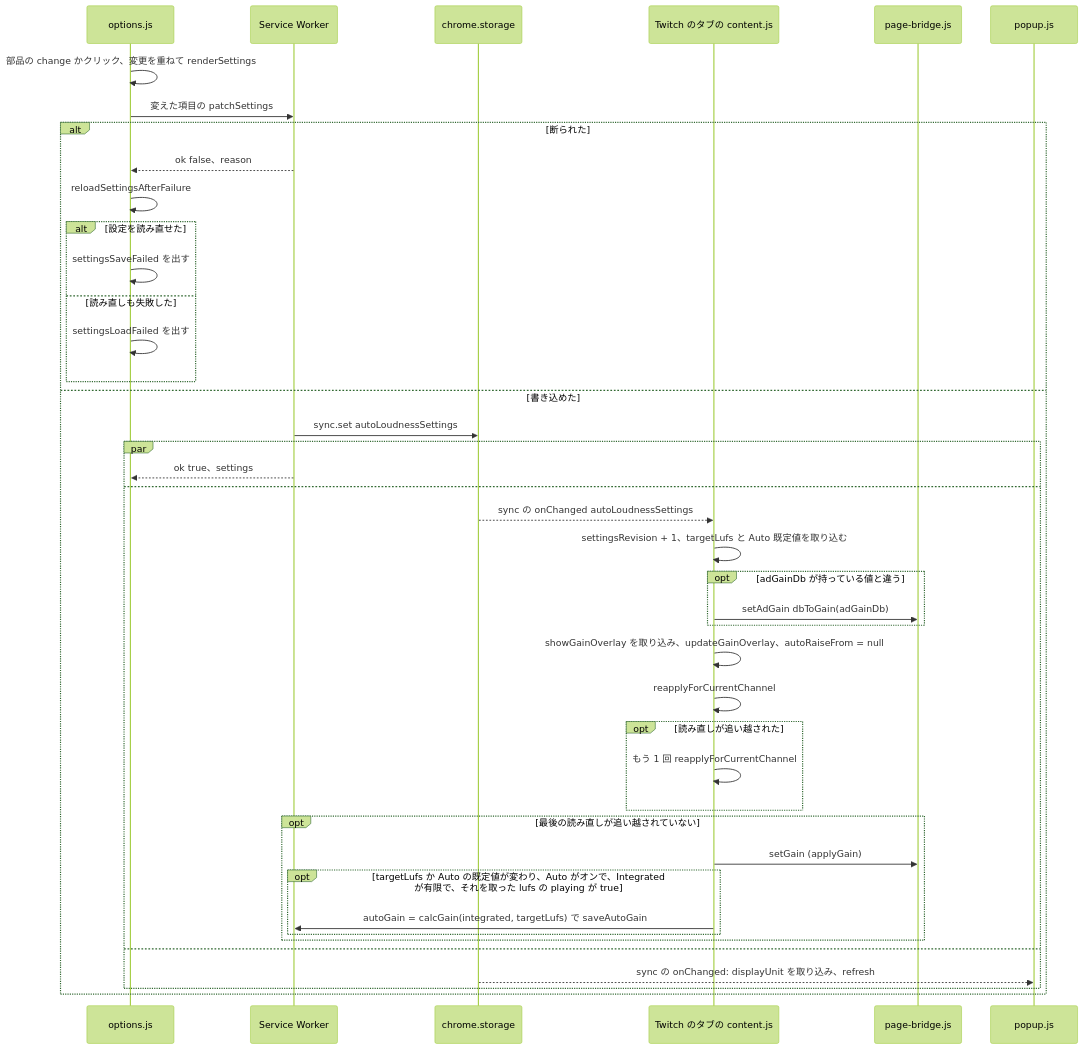
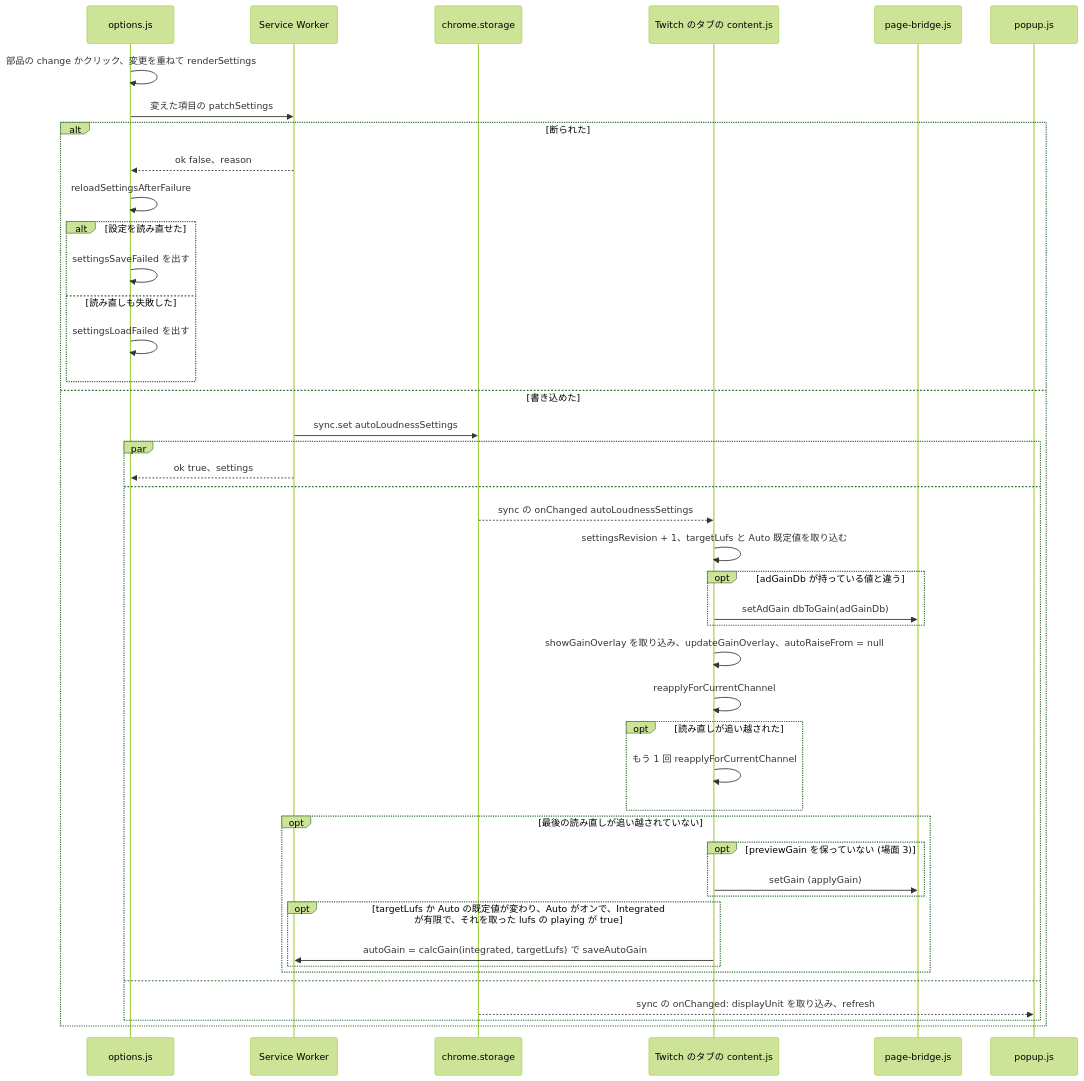
One commit to semnil/twitch-channel-volume changed diagram 13 of 17 in docs/gain-change-and-save.ja.md. Above: the diagram before and after it, drawn with Mermaid (forest theme). The commit also changed other lines of this file and 6 other files, not shown here.

````diff
--- a/docs/gain-change-and-save.ja.md
+++ b/docs/gain-change-and-save.ja.md
@@ -565,44 +582,46 @@
 ```mermaid
 sequenceDiagram
   participant options as options.js
   participant sw as Service Worker
   participant storage as chrome.storage
   participant content as Twitch のタブの content.js
   participant bridge as page-bridge.js
   participant popup as popup.js
   options->>options: 部品の change かクリック、変更を重ねて renderSettings
   options->>sw: 変えた項目の patchSettings
   alt 断られた
     sw-->>options: ok false、reason
     options->>options: reloadSettingsAfterFailure
     alt 設定を読み直せた
       options->>options: settingsSaveFailed を出す
     else 読み直しも失敗した
       options->>options: settingsLoadFailed を出す
     end
   else 書き込めた
     sw->>storage: sync.set autoLoudnessSettings
     par
       sw-->>options: ok true、settings
     and
       storage-->>content: sync の onChanged autoLoudnessSettings
       content->>content: settingsRevision + 1、targetLufs と Auto 既定値を取り込む
       opt adGainDb が持っている値と違う
         content->>bridge: setAdGain dbToGain(adGainDb)
       end
       content->>content: showGainOverlay を取り込み、updateGainOverlay、autoRaiseFrom = null
       content->>content: reapplyForCurrentChannel
       opt 読み直しが追い越された
         content->>content: もう 1 回 reapplyForCurrentChannel
       end
       opt 最後の読み直しが追い越されていない
-        content->>bridge: setGain (applyGain)
+        opt previewGain を保っていない (場面 3)
+          content->>bridge: setGain (applyGain)
+        end
         opt targetLufs か Auto の既定値が変わり、Auto がオンで、Integrated が有限で、それを取った lufs の playing が true
           content->>sw: autoGain = calcGain(integrated, targetLufs) で saveAutoGain
         end
       end
     and
       storage-->>popup: sync の onChanged: displayUnit を取り込み、refresh
     end
   end
 ```
````
